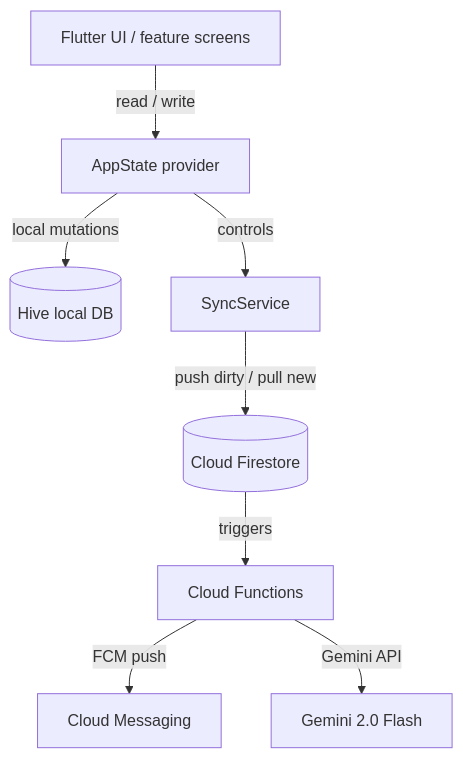
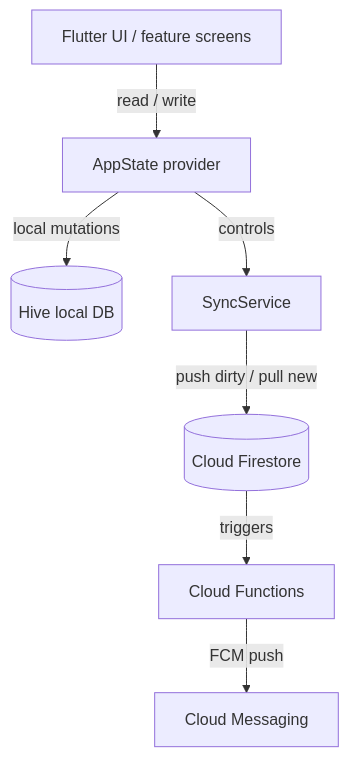
One commit to anxchywl/NUmer changed the diagram in docs/INFRASTRUCTURE.md. Above: the diagram before and after it, drawn with Mermaid. The commit also changed other lines of this file and 5 other files, not shown here.

````diff
--- a/docs/INFRASTRUCTURE.md
+++ b/docs/INFRASTRUCTURE.md
@@ -9,10 +9,9 @@
 ```mermaid
 graph TD
     UI[Flutter UI / feature screens] -->|read / write| State[AppState provider]
     State -->|local mutations| DB[(Hive local DB)]
     State -->|controls| Sync[SyncService]
     Sync -->|push dirty / pull new| FS[(Cloud Firestore)]
     FS -->|triggers| Fn[Cloud Functions]
     Fn -->|FCM push| FCM[Cloud Messaging]
-    Fn -->|Gemini API| AI[Gemini 2.0 Flash]
 ```
````
